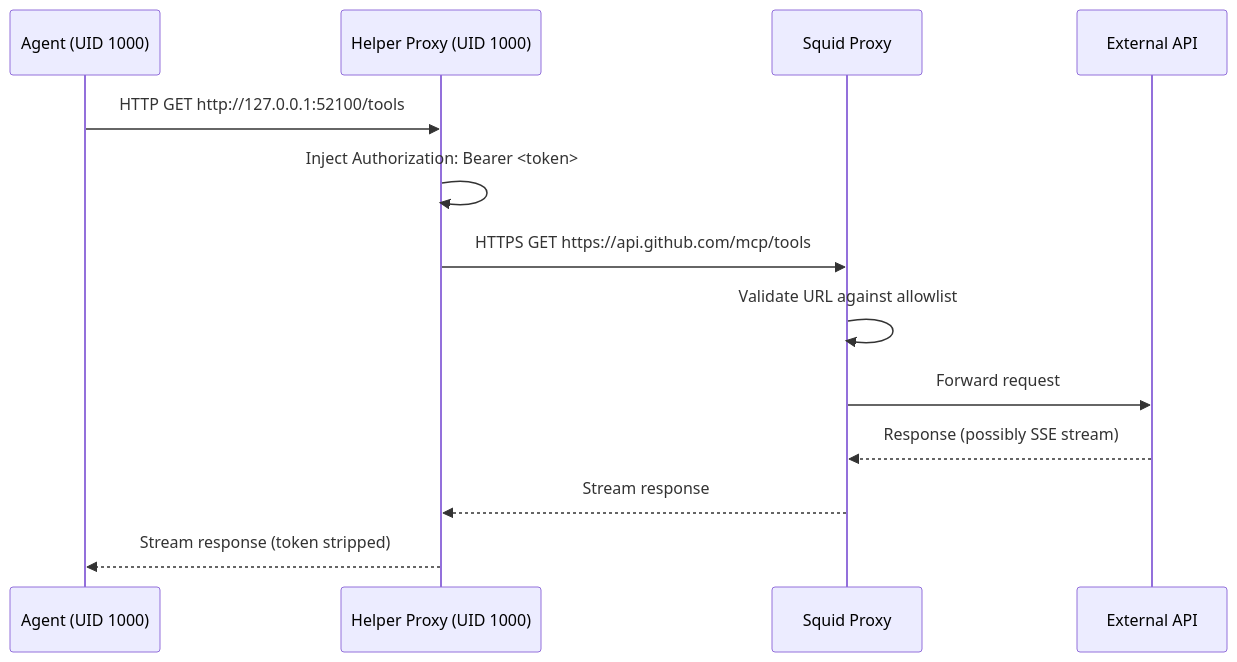
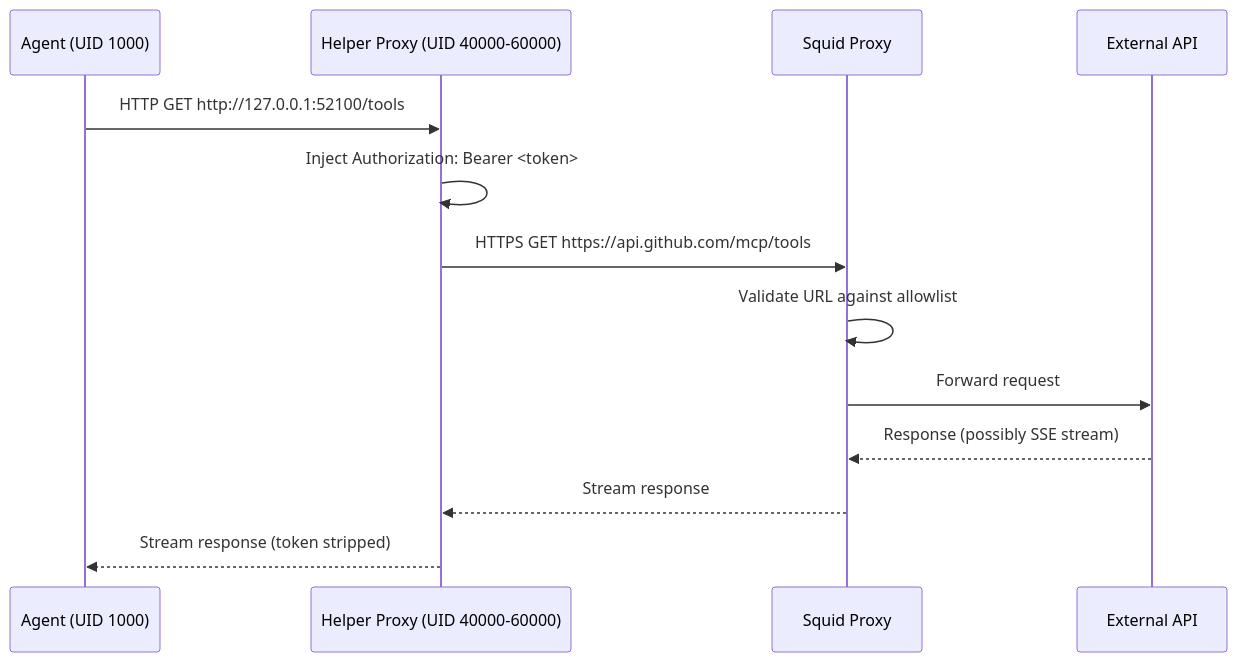
Before and after one commit to novotnyllc/ContainAI: the fifth of 10 diagrams in docs/development/mcp-proxy-architecture.md, drawn with Mermaid. The commit also changed other lines of this file and 2 other files, not shown here.

Commit message:
refactor: enhance MCP helper and wrapper UID isolation with comprehensive tests

````diff
--- a/docs/development/mcp-proxy-architecture.md
+++ b/docs/development/mcp-proxy-architecture.md
@@ -242,16 +243,16 @@
 ```mermaid
 sequenceDiagram
     participant Agent as Agent (UID 1000)
-    participant Helper as Helper Proxy (UID 1000)
+    participant Helper as Helper Proxy (UID 40000-60000)
     participant Squid as Squid Proxy
     participant External as External API
     
     Agent->>Helper: HTTP GET http://127.0.0.1:52100/tools
     Helper->>Helper: Inject Authorization: Bearer <token>
     Helper->>Squid: HTTPS GET https://api.github.com/mcp/tools
     Squid->>Squid: Validate URL against allowlist
     Squid->>External: Forward request
     External-->>Squid: Response (possibly SSE stream)
     Squid-->>Helper: Stream response
     Helper-->>Agent: Stream response (token stripped)
 ```
````
